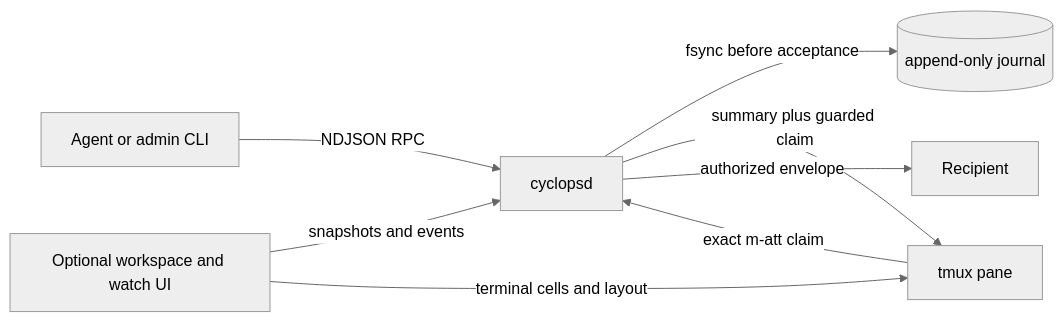
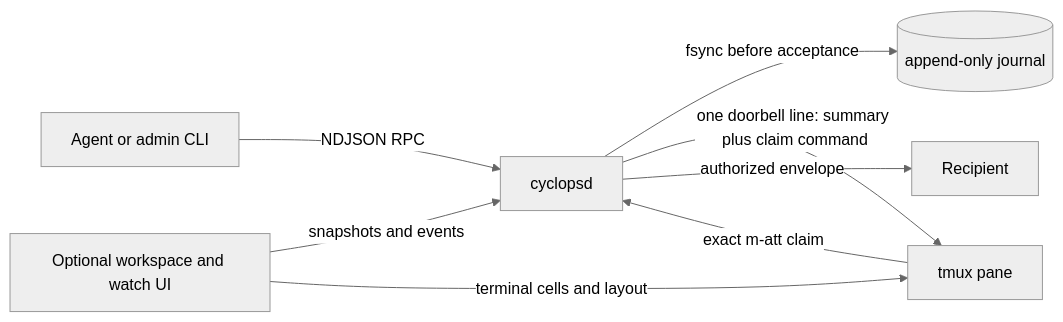
Before and after one commit to cyclops-team/cyclops: the diagram in README.md, drawn with Mermaid (neutral theme). The commit also changed other lines of this file and 35 other files, not shown here.

````diff
--- a/README.md
+++ b/README.md
@@ -273,10 +263,10 @@
 ```mermaid
 flowchart LR
     A[Agent or admin CLI] -->|NDJSON RPC| D[cyclopsd]
     D -->|fsync before acceptance| J[(append-only journal)]
-    D -->|summary plus guarded claim| T[tmux pane]
+    D -->|one doorbell line: summary plus claim command| T[tmux pane]
     T -->|exact m-att claim| D
     D -->|authorized envelope| R[Recipient]
     W[Optional workspace and watch UI] -->|snapshots and events| D
     W -->|terminal cells and layout| T
 ```
````
